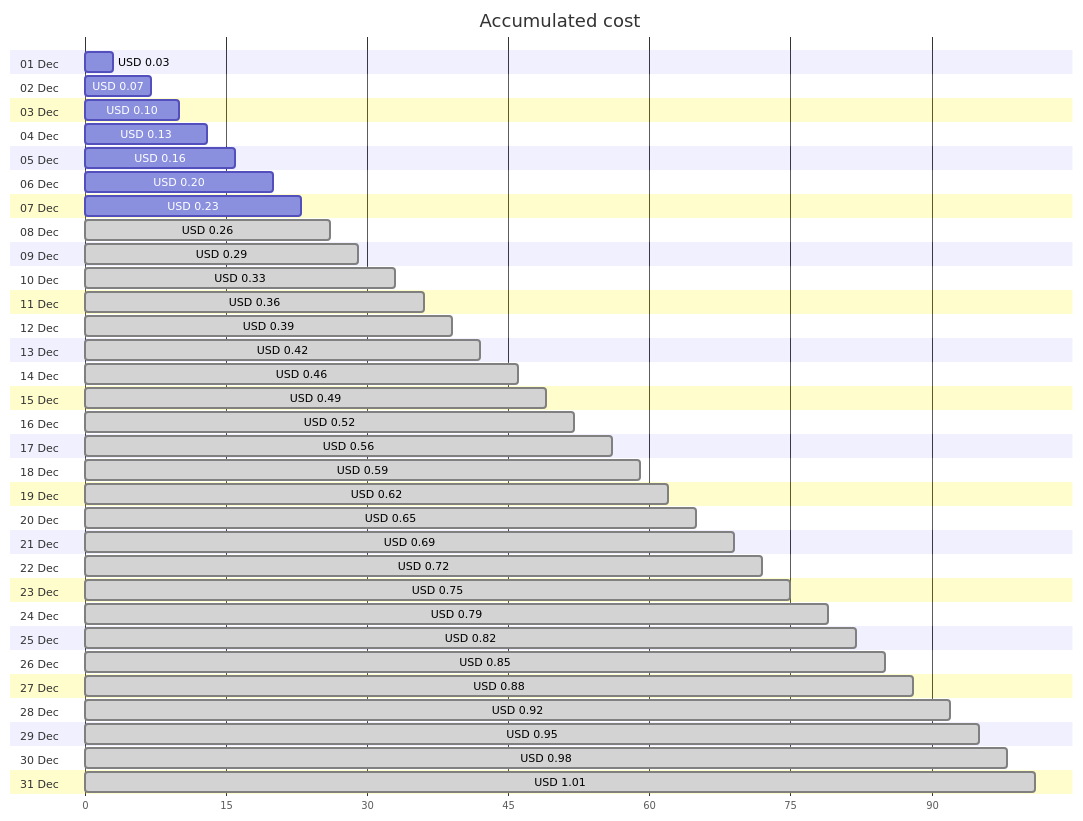
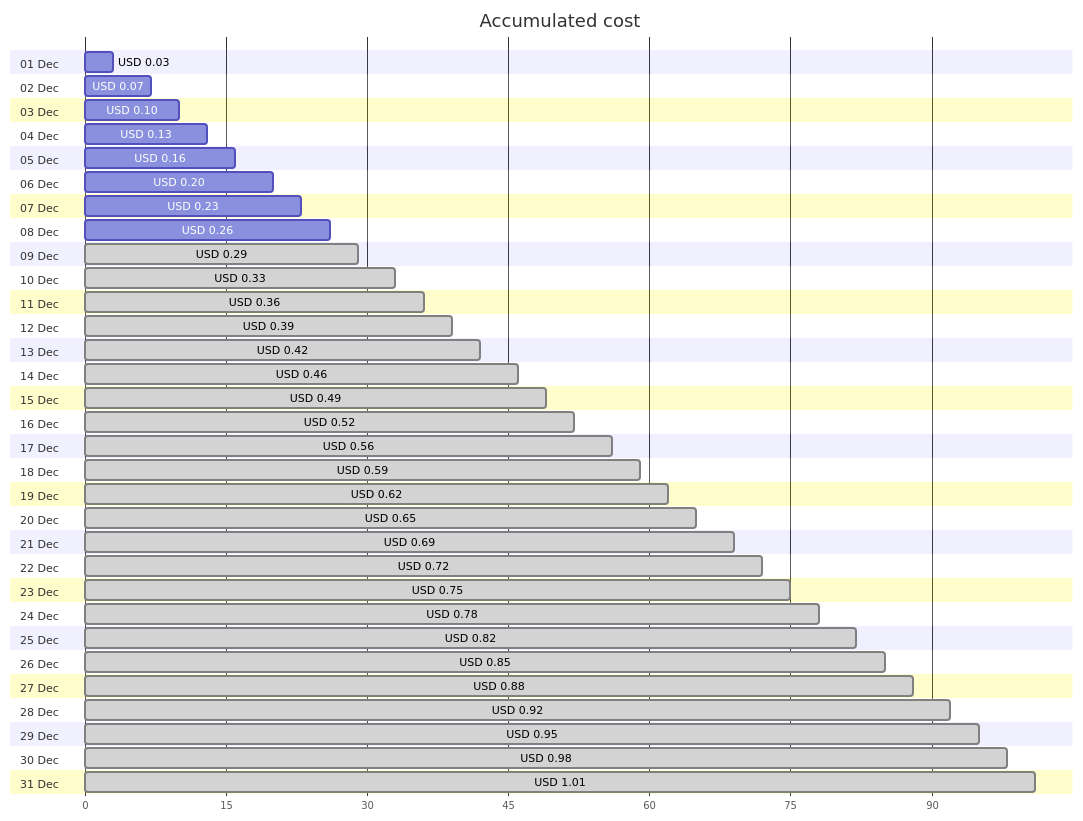
One commit to jpfulton/azure-personal-reports changed the first of 4 diagrams in cost-reports/personal-dns/README.md. Above: the diagram before and after it, drawn with Mermaid. The commit also changed other lines of this file and 2 other files, not shown here.

````diff
--- a/cost-reports/personal-dns/README.md
+++ b/cost-reports/personal-dns/README.md
@@ -20,68 +20,68 @@
 ```mermaid
 gantt
    title Accumulated cost
    dateFormat  X
    axisFormat %s
    section 01 Dec
    USD 0.03 :0, 3
    section 02 Dec
    USD 0.07 :0, 7
    section 03 Dec
    USD 0.10 :0, 10
    section 04 Dec
    USD 0.13 :0, 13
    section 05 Dec
    USD 0.16 :0, 16
    section 06 Dec
    USD 0.20 :0, 20
    section 07 Dec
    USD 0.23 :0, 23
    section 08 Dec
-   USD 0.26 : done, 0, 26
+   USD 0.26 :0, 26
    section 09 Dec
    USD 0.29 : done, 0, 29
    section 10 Dec
    USD 0.33 : done, 0, 33
    section 11 Dec
    USD 0.36 : done, 0, 36
    section 12 Dec
    USD 0.39 : done, 0, 39
    section 13 Dec
    USD 0.42 : done, 0, 42
    section 14 Dec
    USD 0.46 : done, 0, 46
    section 15 Dec
    USD 0.49 : done, 0, 49
    section 16 Dec
    USD 0.52 : done, 0, 52
    section 17 Dec
    USD 0.56 : done, 0, 56
    section 18 Dec
    USD 0.59 : done, 0, 59
    section 19 Dec
    USD 0.62 : done, 0, 62
    section 20 Dec
    USD 0.65 : done, 0, 65
    section 21 Dec
    USD 0.69 : done, 0, 69
    section 22 Dec
    USD 0.72 : done, 0, 72
    section 23 Dec
    USD 0.75 : done, 0, 75
    section 24 Dec
-   USD 0.79 : done, 0, 79
+   USD 0.78 : done, 0, 78
    section 25 Dec
    USD 0.82 : done, 0, 82
    section 26 Dec
    USD 0.85 : done, 0, 85
    section 27 Dec
    USD 0.88 : done, 0, 88
    section 28 Dec
    USD 0.92 : done, 0, 92
    section 29 Dec
    USD 0.95 : done, 0, 95
    section 30 Dec
    USD 0.98 : done, 0, 98
    section 31 Dec
    USD 1.01 : done, 0, 101
 ```
````
